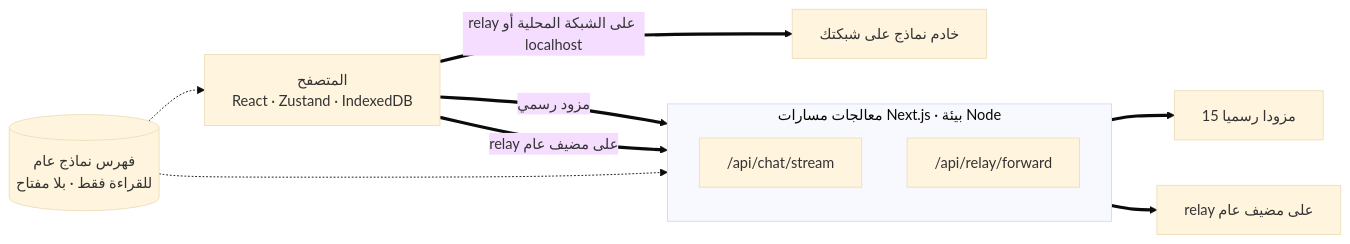
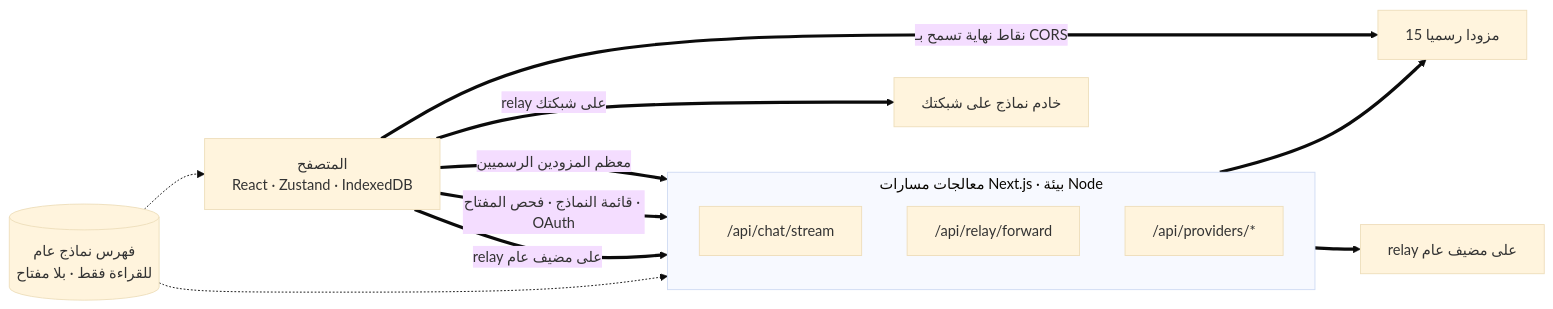
The first of 2 diagrams in readme_i18n/ar/web.md (oriveo/oriveo), drawn with Mermaid (base theme) before and after one commit. The commit also changed other lines of this file and 62 other files, not shown here.

````diff
--- a/readme_i18n/ar/web.md
+++ b/readme_i18n/ar/web.md
@@ -61,21 +61,24 @@
 ```mermaid
 flowchart LR
     browser["المتصفح<br/>React · Zustand · IndexedDB"]
 
     subgraph server ["معالجات مسارات Next.js · بيئة Node"]
         direction TB
         chat["/api/chat/stream"]
         fwd["/api/relay/forward"]
+        prov["/api/providers/*"]
     end
 
     official["15 مزودا رسميا"]
     pubrelay["relay على مضيف عام"]
     lan["خادم نماذج على شبكتك"]
     catalog[("فهرس نماذج عام<br/>للقراءة فقط · بلا مفتاح")]
 
-    browser ==>|"مزود رسمي"| chat ==> official
+    browser ==>|"معظم المزودين الرسميين"| chat ==> official
+    browser ==>|"قائمة النماذج · فحص المفتاح · OAuth"| prov
     browser ==>|"relay على مضيف عام"| fwd ==> pubrelay
-    browser ==>|"relay على الشبكة المحلية أو localhost"| lan
+    browser ==>|"relay على شبكتك"| lan
+    browser ==>|"نقاط نهاية تسمح بـ CORS"| official
     catalog -.-> browser
     catalog -.-> chat
 ```
````
